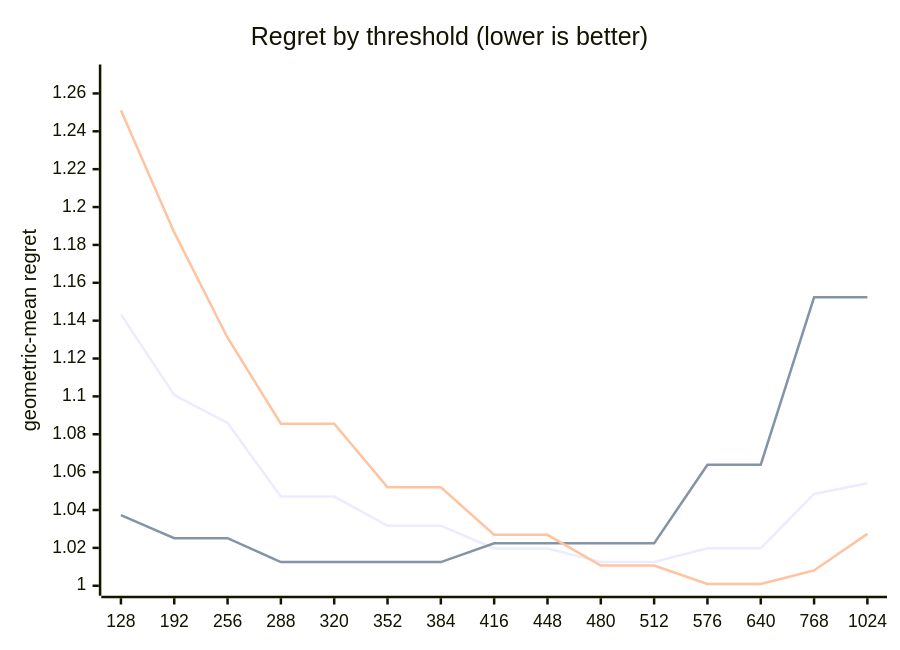
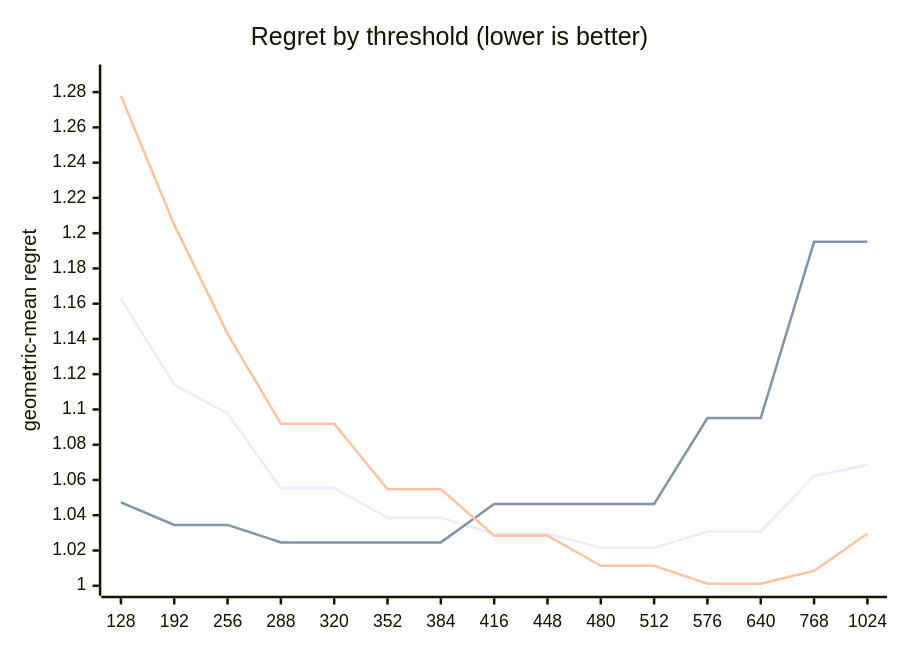
One commit to c0rmac/metal-linalg changed the diagram in docs/results/apple-m5-pro-20gpu/combined/qr/report.md. Above: the diagram before and after it, drawn with Mermaid. The commit also changed other lines of this file and 6 other files, not shown here.

````diff
--- a/docs/results/apple-m5-pro-20gpu/combined/qr/report.md
+++ b/docs/results/apple-m5-pro-20gpu/combined/qr/report.md
@@ -62,9 +77,9 @@
 ```mermaid
 xychart-beta
     title "Regret by threshold (lower is better)"
     x-axis [128, 192, 256, 288, 320, 352, 384, 416, 448, 480, 512, 576, 640, 768, 1024]
-    y-axis "geometric-mean regret" 1.0 --> 1.27
-    line [1.1433, 1.1007, 1.0860, 1.0471, 1.0471, 1.0317, 1.0317, 1.0197, 1.0197, 1.0125, 1.0125, 1.0198, 1.0198, 1.0485, 1.0541]
-    line [1.0373, 1.0251, 1.0251, 1.0125, 1.0125, 1.0125, 1.0125, 1.0224, 1.0224, 1.0224, 1.0224, 1.0639, 1.0639, 1.1523, 1.1523]
-    line [1.2511, 1.1866, 1.1310, 1.0856, 1.0856, 1.0520, 1.0520, 1.0269, 1.0269, 1.0107, 1.0107, 1.0009, 1.0009, 1.0081, 1.0274]
+    y-axis "geometric-mean regret" 1.0 --> 1.29
+    line [1.1626, 1.1140, 1.0977, 1.0554, 1.0554, 1.0386, 1.0386, 1.0295, 1.0295, 1.0215, 1.0215, 1.0308, 1.0308, 1.0623, 1.0685]
+    line [1.0473, 1.0345, 1.0345, 1.0246, 1.0246, 1.0246, 1.0246, 1.0464, 1.0464, 1.0464, 1.0464, 1.0951, 1.0951, 1.1951, 1.1951]
+    line [1.2780, 1.2047, 1.1429, 1.0919, 1.0919, 1.0547, 1.0547, 1.0284, 1.0284, 1.0113, 1.0113, 1.0012, 1.0012, 1.0084, 1.0296]
 ```
````
